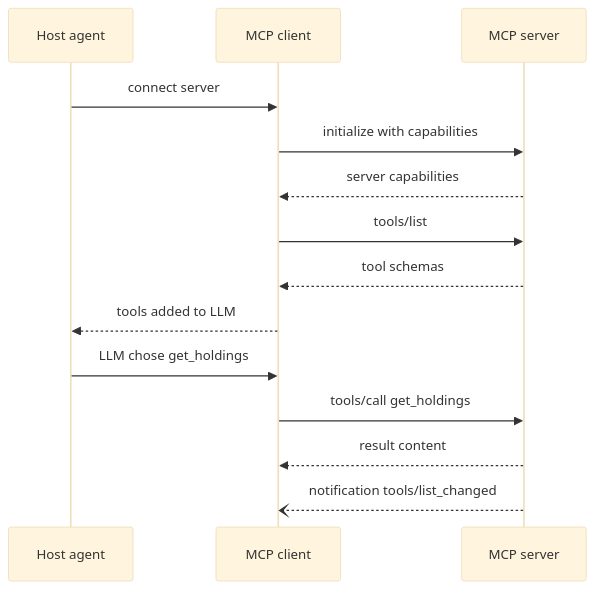
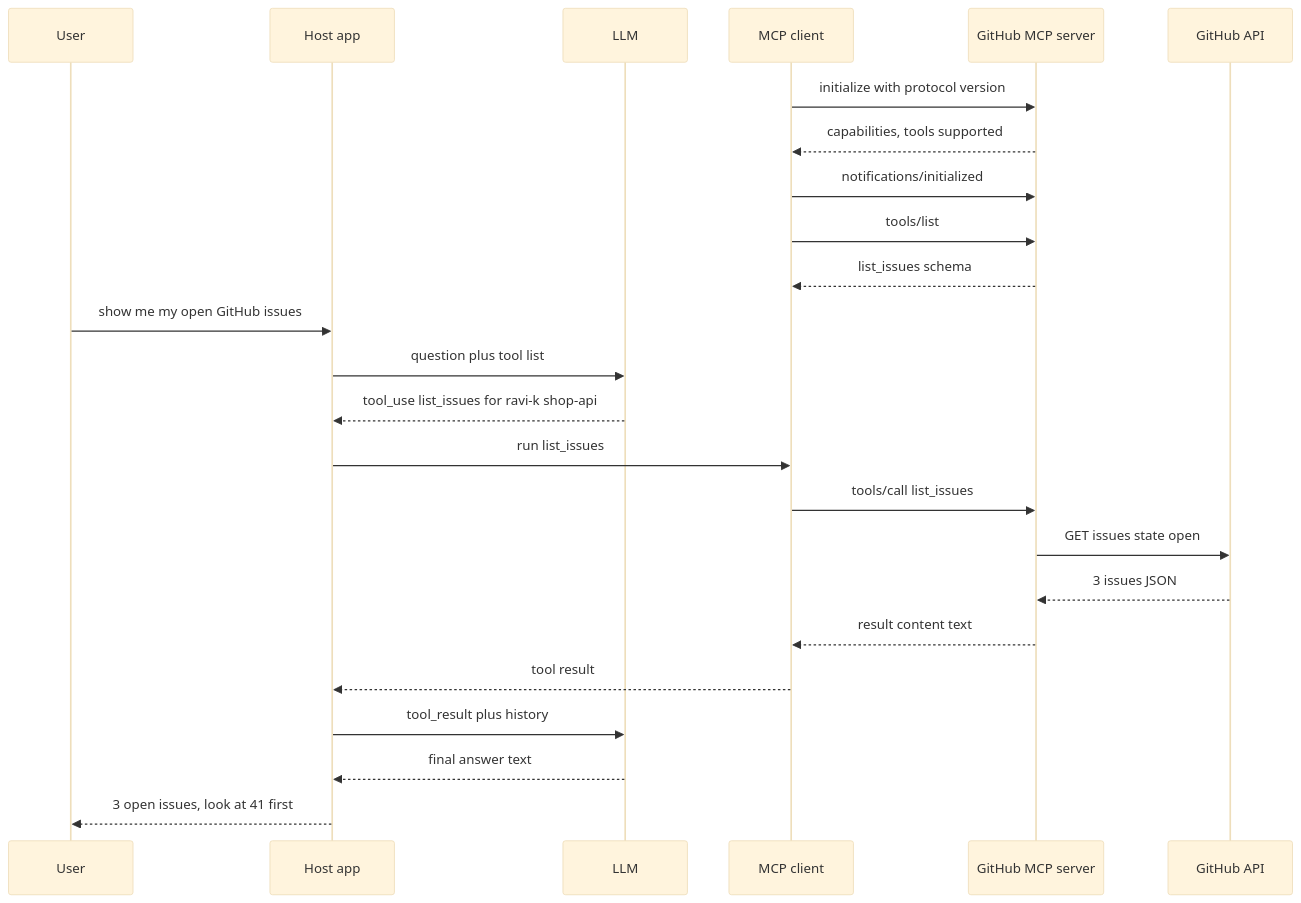
The seventh of 15 diagrams in content-en/11-agentic/07-tools-mcp-a2a.md (flow6979/viewinter), drawn with Mermaid (base theme) before and after one commit. The commit also changed other lines of this file and 26 other files, not shown here.

First line of the commit message:
Agentic AI: rewrite all 13 pages to explain from scratch; animate diagrams on every article

````diff
--- a/content-en/11-agentic/07-tools-mcp-a2a.md
+++ b/content-en/11-agentic/07-tools-mcp-a2a.md
@@ -94,16 +374,26 @@
 ```mermaid
 sequenceDiagram
-    participant H as Host agent
+    participant U as User
+    participant H as Host app
+    participant L as LLM
     participant C as MCP client
-    participant S as MCP server
-    H->>C: connect server
-    C->>S: initialize with capabilities
-    S-->>C: server capabilities
+    participant S as GitHub MCP server
+    participant G as GitHub API
+    C->>S: initialize with protocol version
+    S-->>C: capabilities, tools supported
+    C->>S: notifications/initialized
     C->>S: tools/list
-    S-->>C: tool schemas
-    C-->>H: tools added to LLM
-    H->>C: LLM chose get_holdings
-    C->>S: tools/call get_holdings
-    S-->>C: result content
-    S--)C: notification tools/list_changed
+    S-->>C: list_issues schema
+    U->>H: show me my open GitHub issues
+    H->>L: question plus tool list
+    L-->>H: tool_use list_issues for ravi-k shop-api
+    H->>C: run list_issues
+    C->>S: tools/call list_issues
+    S->>G: GET issues state open
+    G-->>S: 3 issues JSON
+    S-->>C: result content text
+    C-->>H: tool result
+    H->>L: tool_result plus history
+    L-->>H: final answer text
+    H-->>U: 3 open issues, look at 41 first
 ```
````
